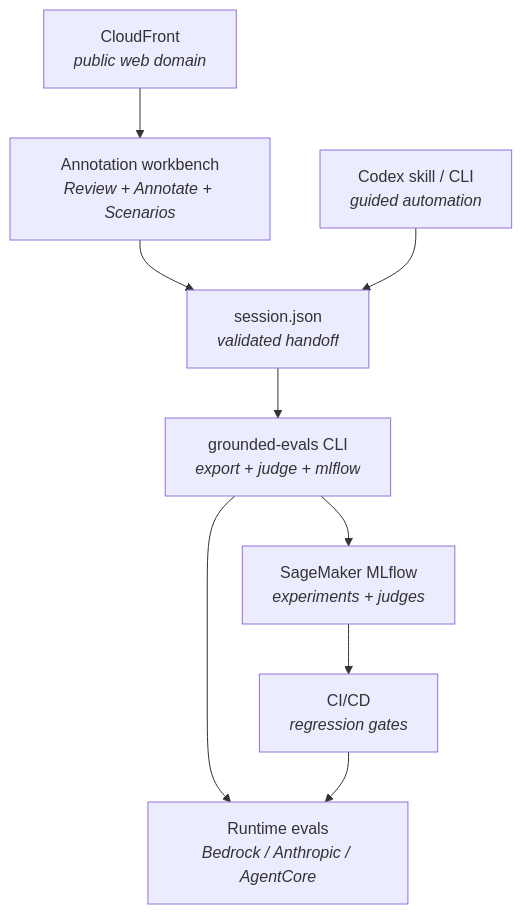
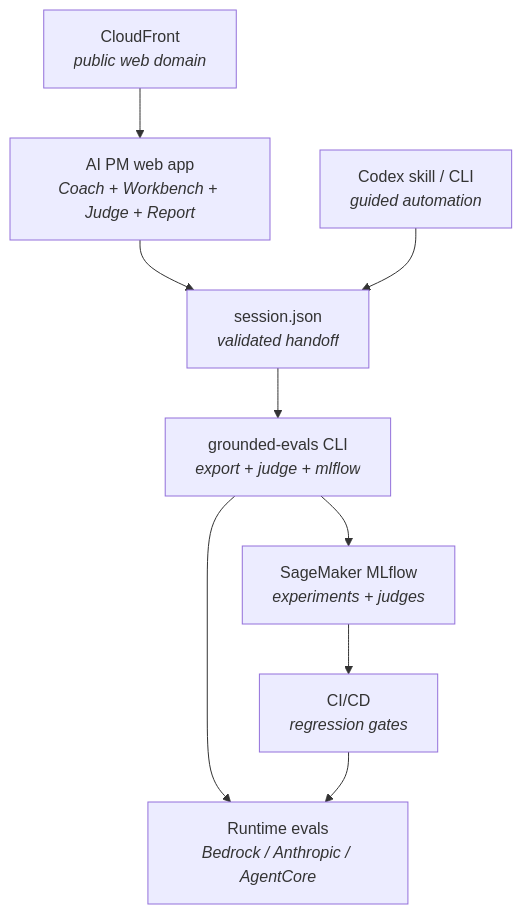
One commit to aws-samples/sample-GEDD changed the third of 3 diagrams in README.md. Above: the diagram before and after it, drawn with Mermaid. The commit also changed other lines of this file, not shown here.

Commit message:
Update README for AI PM flow

````diff
--- a/README.md
+++ b/README.md
@@ -382,20 +390,20 @@
 ```mermaid
 flowchart TD
-    WEB["Annotation workbench<br/><i>Review + Annotate + Scenarios</i>"]
+    WEB["AI PM web app<br/><i>Coach + Workbench + Judge + Report</i>"]
     ASSIST["Codex skill / CLI<br/><i>guided automation</i>"]
     SJ["session.json<br/><i>validated handoff</i>"]
     CLI["grounded-evals CLI<br/><i>export + judge + mlflow</i>"]
     CF["CloudFront<br/><i>public web domain</i>"]
     RT["Runtime evals<br/><i>Bedrock / Anthropic / AgentCore</i>"]
     SM["SageMaker MLflow<br/><i>experiments + judges</i>"]
     CICD["CI/CD<br/><i>regression gates</i>"]
 
     CF --> WEB
     WEB --> SJ
     ASSIST --> SJ
     SJ --> CLI
     CLI --> RT
     CLI --> SM
     SM --> CICD
     CICD --> RT
 ```
````
